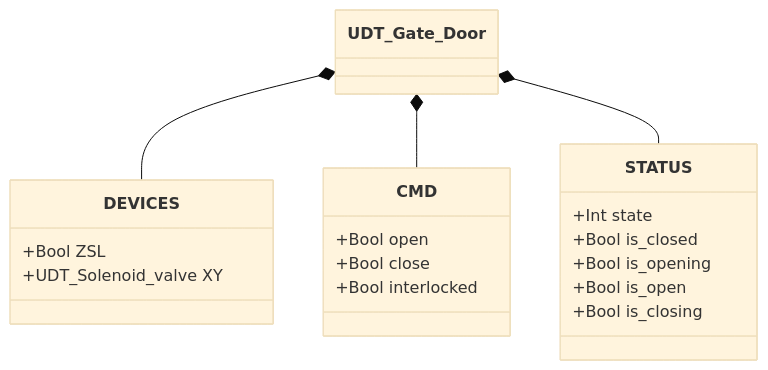
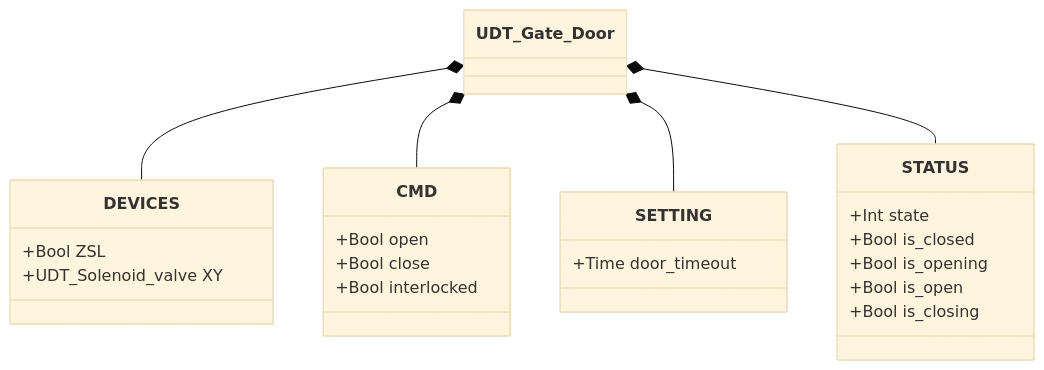
One commit to AleFire99/TIA_knowledge changed the first of 2 diagrams in docs/library/gate/index.en.md. Above: the diagram before and after it, drawn with Mermaid (base theme). The commit also changed other lines of this file and 95 other files, not shown here.

````diff
--- a/docs/library/gate/index.en.md
+++ b/docs/library/gate/index.en.md
@@ -67,23 +69,27 @@
 ```mermaid
 classDiagram
     class UDT_Gate_Door
     class DEVICES {
         +Bool ZSL
         +UDT_Solenoid_valve XY
     }
     class CMD {
         +Bool open
         +Bool close
         +Bool interlocked
     }
+    class SETTING {
+        +Time door_timeout
+    }
     class STATUS {
         +Int state
         +Bool is_closed
         +Bool is_opening
         +Bool is_open
         +Bool is_closing
     }
     UDT_Gate_Door *-- DEVICES
     UDT_Gate_Door *-- CMD
+    UDT_Gate_Door *-- SETTING
     UDT_Gate_Door *-- STATUS
 ```
````
